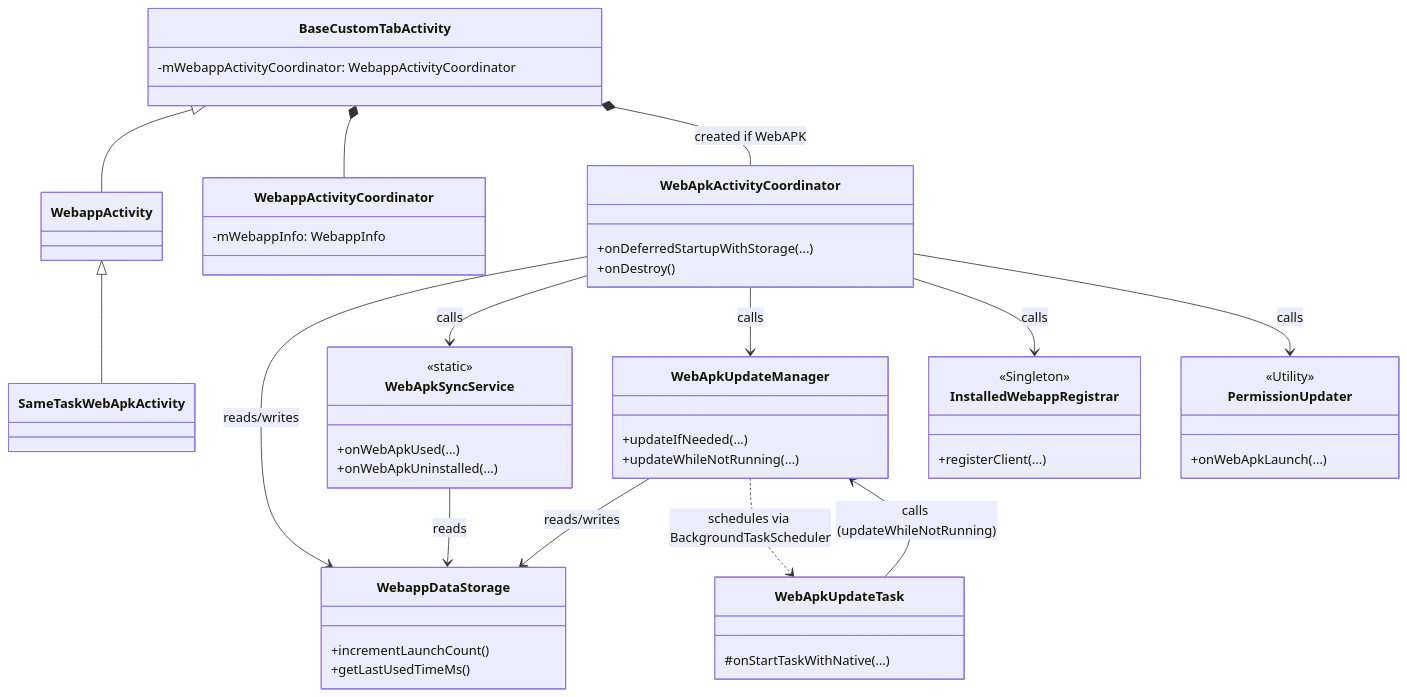
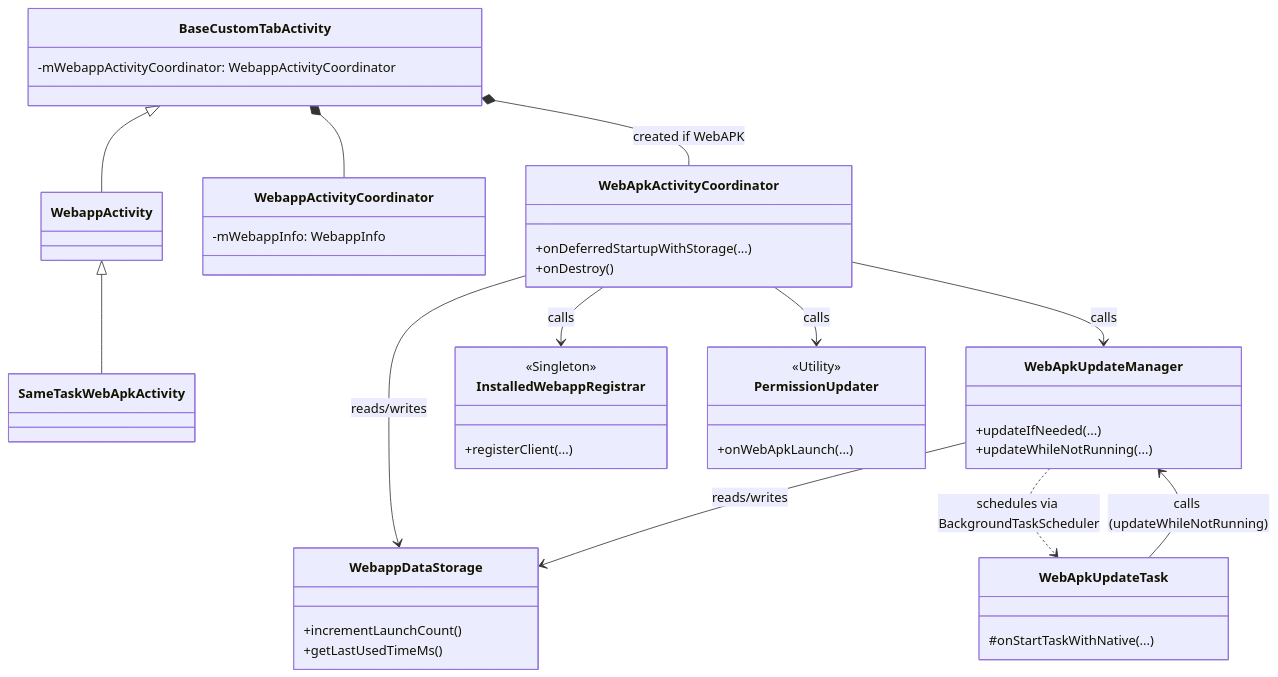
One commit to benji-cannot-code/fast-vc-chromium-benchmark-run-4 changed the first of 5 diagrams in components/webapps/docs/android_architecture.md. Above: the diagram before and after it, drawn with Mermaid. The commit also changed other lines of this file and 17 other files, not shown here.

First line of the commit message:
Remove WebApkSyncService and PwaRestorePromoUtils

````diff
--- a/components/webapps/docs/android_architecture.md
+++ b/components/webapps/docs/android_architecture.md
@@ -129,62 +126,54 @@
 ```mermaid
 classDiagram
     class BaseCustomTabActivity {
         -mWebappActivityCoordinator: WebappActivityCoordinator
     }
     class WebappActivity {
         %% Extends BaseCustomTabActivity
     }
     class SameTaskWebApkActivity {
         %% Extends WebappActivity
     }
     class WebappActivityCoordinator {
         -mWebappInfo: WebappInfo
     }
     class WebApkActivityCoordinator {
         +onDeferredStartupWithStorage(...)
         +onDestroy()
     }
     class WebApkUpdateManager {
         +updateIfNeeded(...)
         +updateWhileNotRunning(...)
     }
     class WebApkUpdateTask {
         #onStartTaskWithNative(...)
     }
-    class WebApkSyncService {
-        <<static>>
-        +onWebApkUsed(...)
-        +onWebApkUninstalled(...)
-    }
     class WebappDataStorage {
         +incrementLaunchCount()
         +getLastUsedTimeMs()
     }
     class InstalledWebappRegistrar {
         <<Singleton>>
         +registerClient(...)
     }
     class PermissionUpdater {
         <<Utility>>
         +onWebApkLaunch(...)
     }
 
     BaseCustomTabActivity <|-- WebappActivity
     WebappActivity <|-- SameTaskWebApkActivity
     
     BaseCustomTabActivity *-- WebappActivityCoordinator
     BaseCustomTabActivity *-- WebApkActivityCoordinator : created if WebAPK
     
     WebApkActivityCoordinator --> WebappDataStorage : reads/writes
-    WebApkActivityCoordinator --> WebApkSyncService : calls
     WebApkActivityCoordinator --> WebApkUpdateManager : calls
     WebApkActivityCoordinator --> InstalledWebappRegistrar : calls
     WebApkActivityCoordinator --> PermissionUpdater : calls
     
     WebApkUpdateManager --> WebappDataStorage : reads/writes
     WebApkUpdateManager ..> WebApkUpdateTask : schedules via BackgroundTaskScheduler
     
     WebApkUpdateTask --> WebApkUpdateManager : calls (updateWhileNotRunning)
-    
-    WebApkSyncService --> WebappDataStorage : reads
 ```
````
